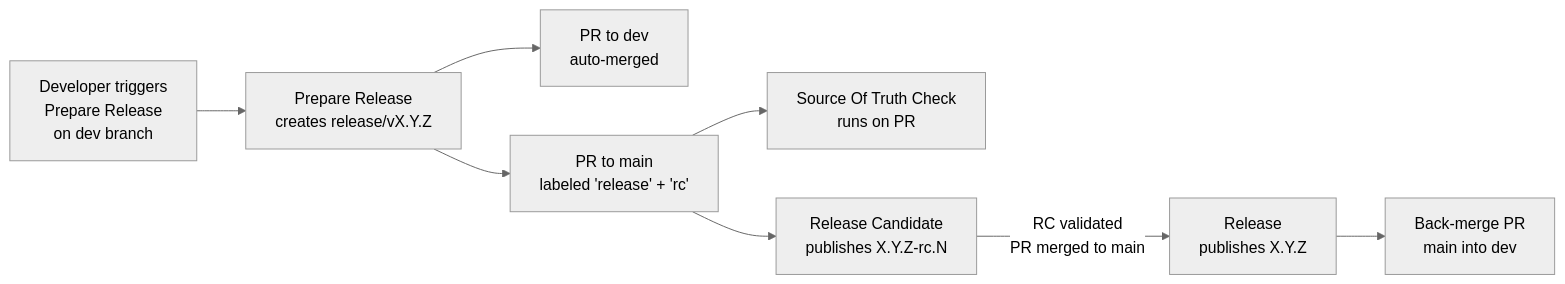
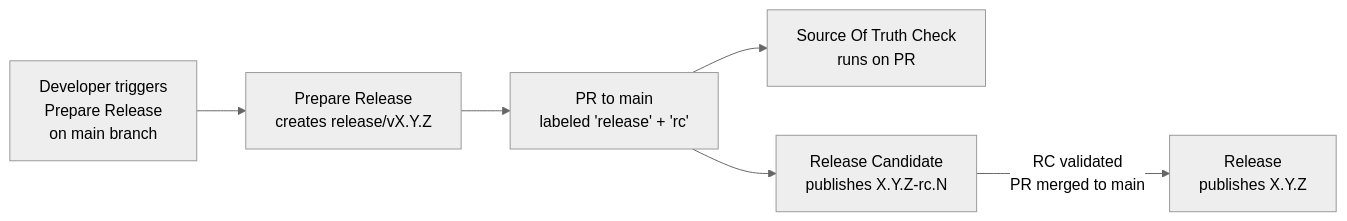
Before and after one commit to josstei/maestro-orchestrate: the eighth of 9 diagrams in docs/cicd.md, drawn with Mermaid (neutral theme). The commit also changed other lines of this file and 5 other files, not shown here.

````diff
--- a/docs/cicd.md
+++ b/docs/cicd.md
@@ -514,10 +505,8 @@
 ```mermaid
 graph LR
-    A["Developer triggers<br/>Prepare Release<br/>on dev branch"] --> B["Prepare Release<br/>creates release/vX.Y.Z"]
-    B --> C["PR to dev<br/>auto-merged"]
+    A["Developer triggers<br/>Prepare Release<br/>on main branch"] --> B["Prepare Release<br/>creates release/vX.Y.Z"]
     B --> D["PR to main<br/>labeled 'release' + 'rc'"]
     D --> E["Source Of Truth Check<br/>runs on PR"]
     D --> F["Release Candidate<br/>publishes X.Y.Z-rc.N"]
     F --> |"RC validated<br/>PR merged to main"| G["Release<br/>publishes X.Y.Z"]
-    G --> H["Back-merge PR<br/>main into dev"]
 ```
````
